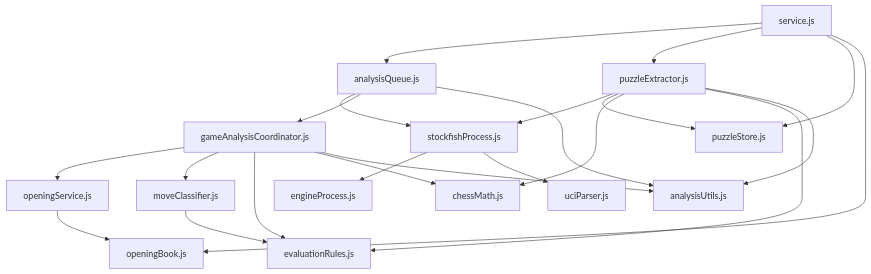
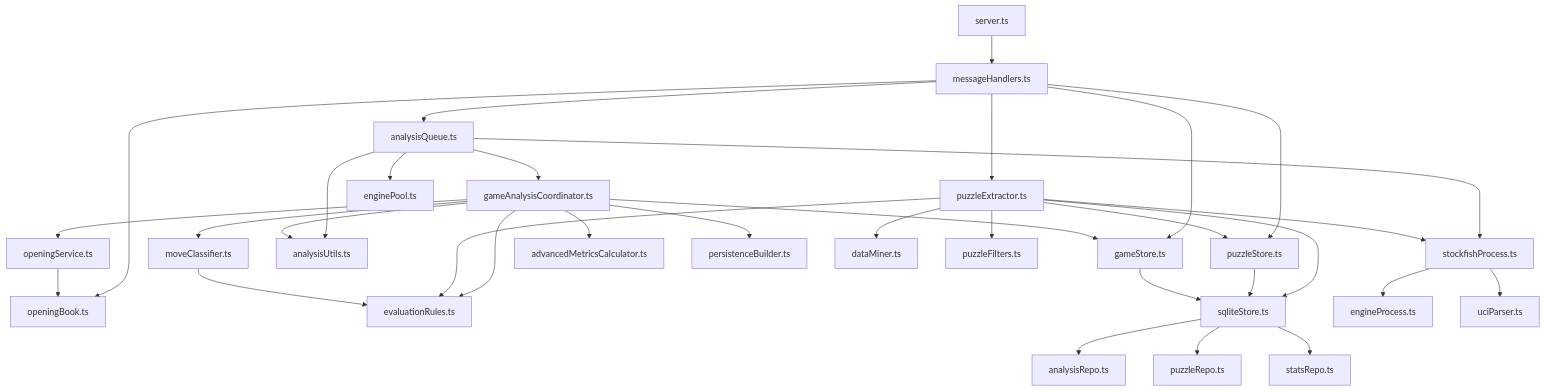
Before and after one commit to HugoFucksmann/backendTablero: the diagram in architecture_backend.md, drawn with Mermaid. The commit also changed other lines of this file and 47 other files, not shown here.

````diff
--- a/architecture_backend.md
+++ b/architecture_backend.md
@@ -18,29 +18,40 @@
 ```mermaid
 graph TD
-    Service[service.js] --> AQ[analysisQueue.js]
-    Service --> PE[puzzleExtractor.js]
-    Service --> PS[puzzleStore.js]
-    Service --> OB[openingBook.js]
+    Server[server.ts] --> MH[messageHandlers.ts]
+    MH --> AQ[analysisQueue.ts]
+    MH --> PE[puzzleExtractor.ts]
+    MH --> PS[puzzleStore.ts]
+    MH --> GS[gameStore.ts]
+    MH --> OB[openingBook.ts]
 
-    AQ --> SP[stockfishProcess.js]
-    AQ --> GAC[gameAnalysisCoordinator.js]
-    AQ --> AU[analysisUtils.js]
+    AQ --> SP[stockfishProcess.ts]
+    AQ --> GAC[gameAnalysisCoordinator.ts]
+    AQ --> AU[analysisUtils.ts]
+    AQ --> EPool[enginePool.ts]
 
-    GAC --> OS[openingService.js]
-    GAC --> MC[moveClassifier.js]
-    GAC --> ER[evaluationRules.js]
-    GAC --> CM[chessMath.js]
+    GAC --> OS[openingService.ts]
+    GAC --> MC[moveClassifier.ts]
+    GAC --> ER[evaluationRules.ts]
+    GAC --> AMC[advancedMetricsCalculator.ts]
+    GAC --> PB[persistenceBuilder.ts]
+    GAC --> GS
     GAC --> AU
 
     PE --> SP
     PE --> PS
-    PE --> CM
     PE --> ER
-    PE --> AU
+    PE --> DM[dataMiner.ts]
+    PE --> PF[puzzleFilters.ts]
+    PE --> SS[sqliteStore.ts]
 
-    SP --> EP[engineProcess.js]
-    SP --> UP[uciParser.js]
+    SP --> EP[engineProcess.ts]
+    SP --> UP[uciParser.ts]
 
     OS --> OB
     MC --> ER
+    PS --> SS
+    GS --> SS
+    SS --> AR[analysisRepo.ts]
+    SS --> PR[puzzleRepo.ts]
+    SS --> STR[statsRepo.ts]
 ```
````
